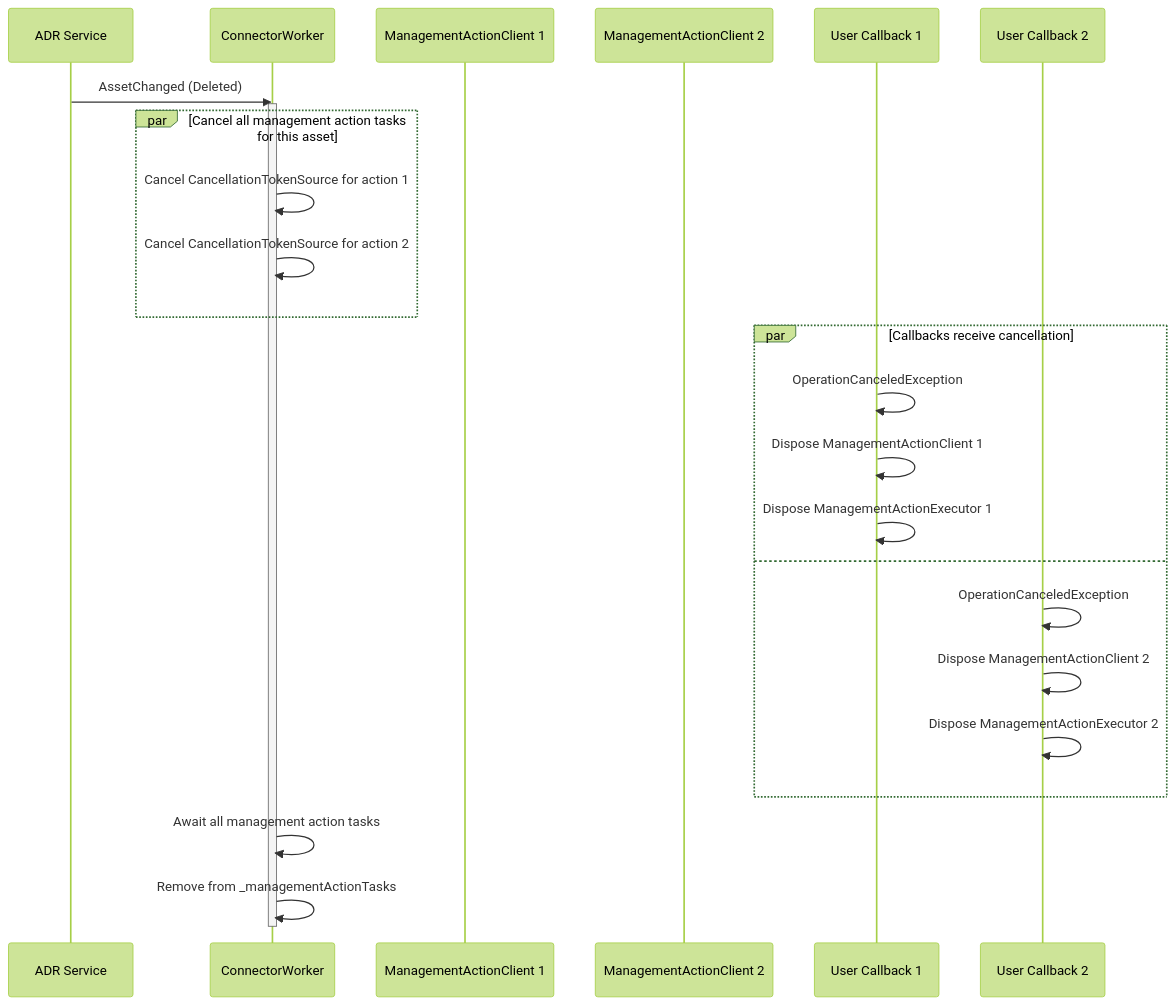
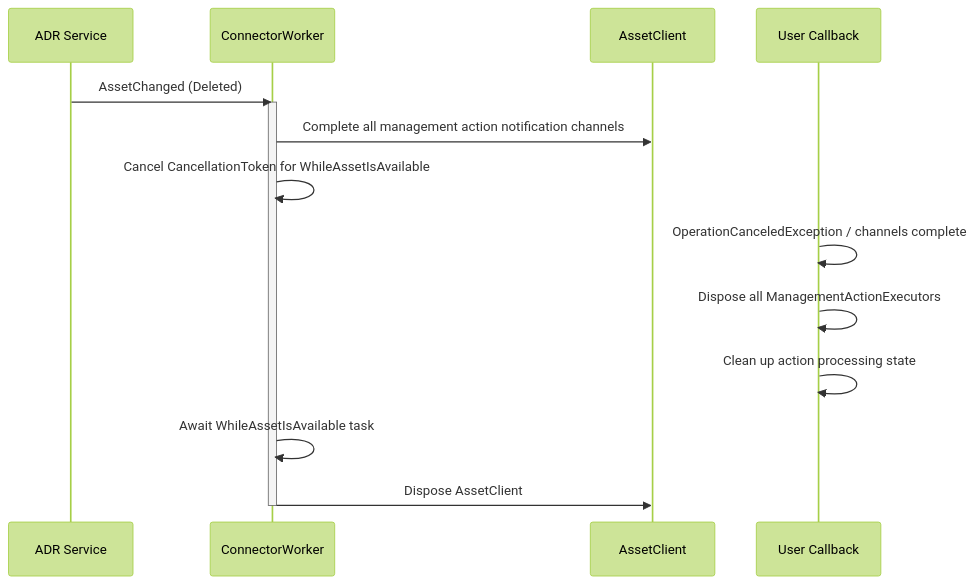
The ninth of 10 diagrams in doc/dev/tmp/management-action-implementation-design.md (Azure/iot-operations-sdks), drawn with Mermaid (forest theme) before and after one commit. The commit also changed other lines of this file and 2 other files, not shown here.

Commit message:
Refactor management action support in .NET SDK

````diff
--- a/doc/dev/tmp/management-action-implementation-design.md
+++ b/doc/dev/tmp/management-action-implementation-design.md
@@ -860,31 +794,22 @@
 ```mermaid
 sequenceDiagram
     participant ADR as ADR Service
     participant CW as ConnectorWorker
-    participant MAC1 as ManagementActionClient 1
-    participant MAC2 as ManagementActionClient 2
-    participant User1 as User Callback 1
-    participant User2 as User Callback 2
+    participant AC as AssetClient
+    participant User as User Callback
 
     ADR->>CW: AssetChanged (Deleted)
     activate CW
 
-    par Cancel all management action tasks for this asset
-        CW->>CW: Cancel CancellationTokenSource for action 1
-        CW->>CW: Cancel CancellationTokenSource for action 2
-    end
+    CW->>AC: Complete all management action notification channels
 
-    par Callbacks receive cancellation
-        User1->>User1: OperationCanceledException
-        User1->>User1: Dispose ManagementActionClient 1
-        User1->>User1: Dispose ManagementActionExecutor 1
-    and
-        User2->>User2: OperationCanceledException
-        User2->>User2: Dispose ManagementActionClient 2
-        User2->>User2: Dispose ManagementActionExecutor 2
-    end
+    CW->>CW: Cancel CancellationToken for WhileAssetIsAvailable
 
-    CW->>CW: Await all management action tasks
-    CW->>CW: Remove from _managementActionTasks
+    User->>User: OperationCanceledException / channels complete
+    User->>User: Dispose all ManagementActionExecutors
+    User->>User: Clean up action processing state
+
+    CW->>CW: Await WhileAssetIsAvailable task
+    CW->>AC: Dispose AssetClient
     deactivate CW
 ```
````
